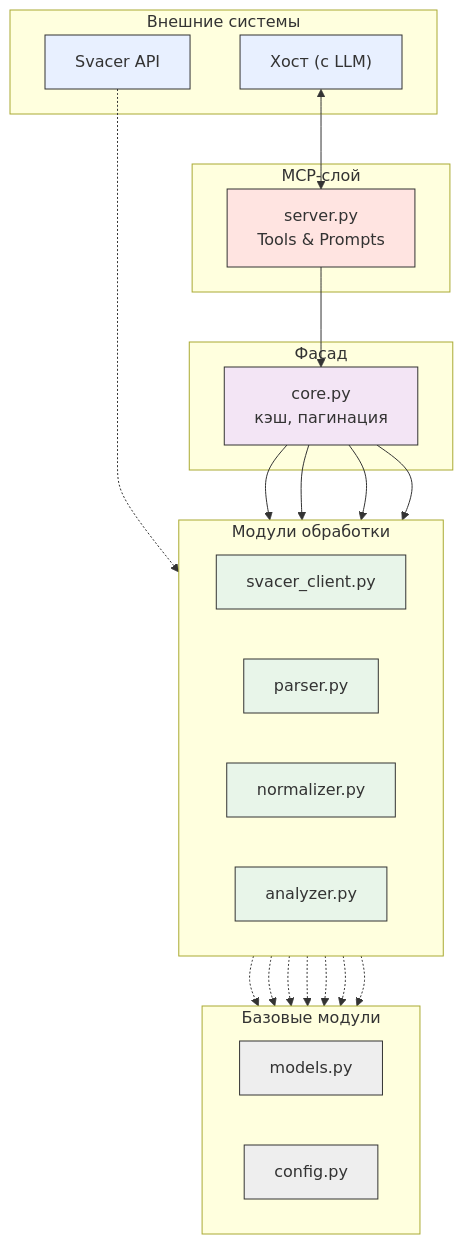
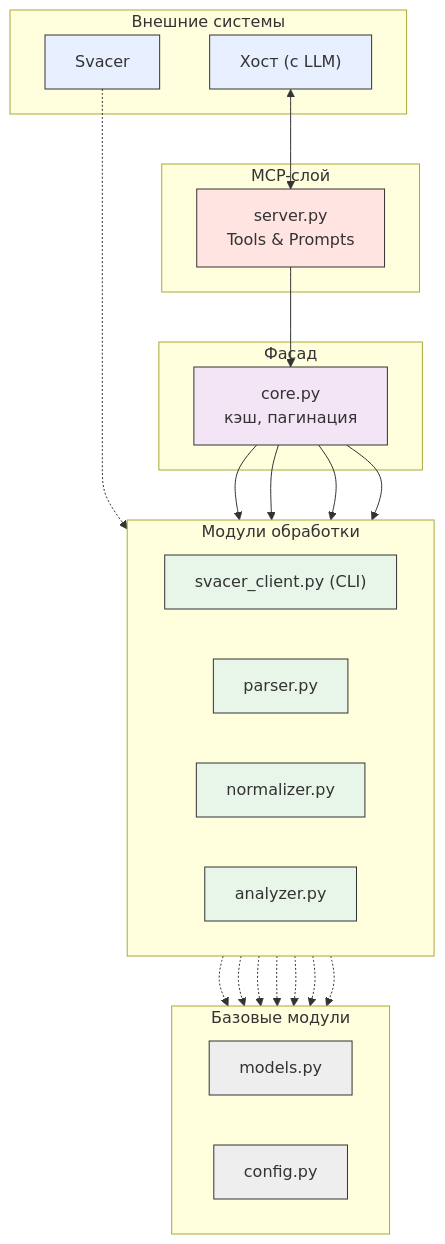
The second of 2 diagrams in docs/architecture.md (Otto-7/mcp), drawn with Mermaid before and after one commit.

Commit message:
Update Svacer API name in architecture diagram

````diff
--- a/docs/architecture.md
+++ b/docs/architecture.md
@@ -59,61 +59,61 @@
 ```mermaid
 flowchart TD
     subgraph External ["Внешние системы"]
         Host["Хост (с LLM)"]
-        Svacer["Svacer API"]
+        Svacer["Svacer"]
     end
 
     subgraph MCP ["MCP-слой"]
         S["server.py<br/>Tools & Prompts"]
     end
 
     subgraph Logic ["Фасад"]
         C["core.py<br/>кэш, пагинация"]
     end
 
     subgraph Processing ["Модули обработки"]
         direction LR
-        SC["svacer_client.py"]
+        SC["svacer_client.py (CLI)"]
         P["parser.py"]
         N["normalizer.py"]
         A["analyzer.py"]
     end
 
     subgraph Base ["Базовые модули"]
         direction LR
         M["models.py"]
         CFG["config.py"]
     end
 
     %% Связи
     Host <--> S
     Svacer -.-> SC
     
     S --> C
     C --> SC
     C --> P
     C --> N
     C --> A
     
     P -.-> M
     N -.-> M
     A -.-> M
     
     SC -.-> CFG
     P -.-> CFG
     N -.-> CFG
     A -.-> CFG
 
     %% Стили
     classDef ext fill:#e8f0ff,stroke:#333
     classDef mcp fill:#ffe4e1,stroke:#333
     classDef logic fill:#f3e5f5,stroke:#333
     classDef proc fill:#e8f5e9,stroke:#333
     classDef base fill:#eeeeee,stroke:#333
 
     class Host,Svacer ext
     class S mcp
     class C logic
     class SC,P,N,A proc
     class M,CFG base
 ```
````
